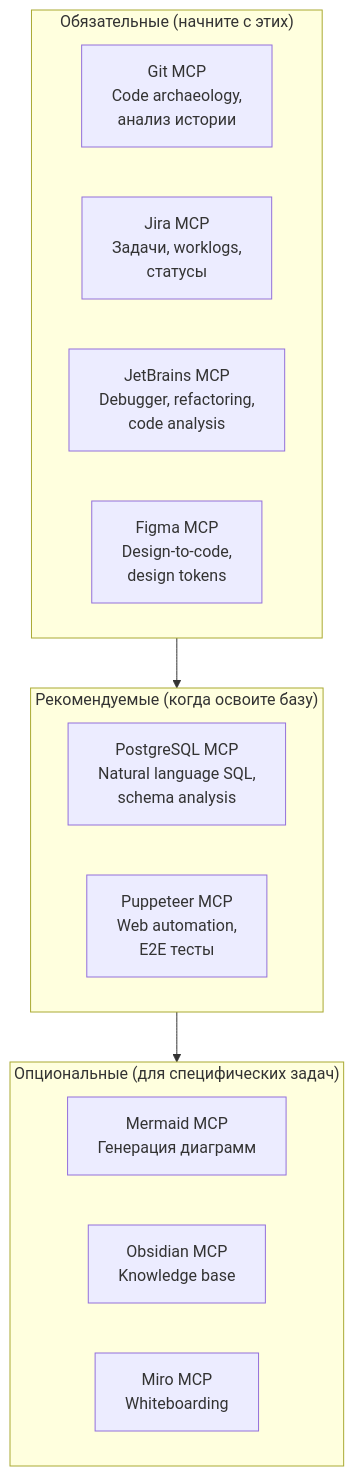
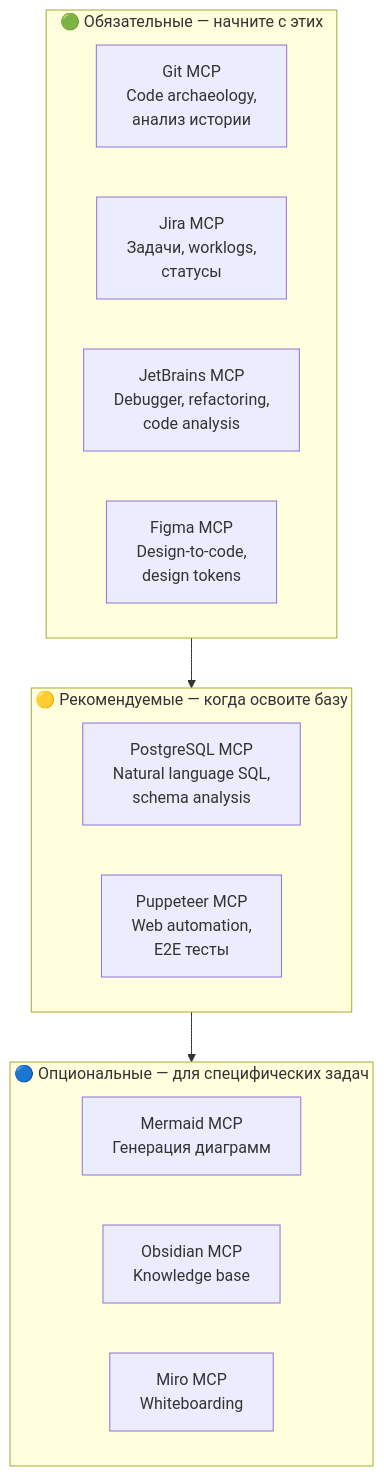
One commit to maddevsio/ai-adoption-course changed the diagram in course/module-6-mcp/diagrams/mcp-server-priorities.md. Above: the diagram before and after it, drawn with Mermaid. The commit also changed other lines of this file and 12 other files, not shown here.

````diff
--- a/course/module-6-mcp/diagrams/mcp-server-priorities.md
+++ b/course/module-6-mcp/diagrams/mcp-server-priorities.md
@@ -5,22 +5,22 @@
 ```mermaid
 flowchart TD
-    subgraph must["Обязательные (начните с этих)"]
-        G["Git MCP<br>Code archaeology,<br>анализ истории"]
-        J["Jira MCP<br>Задачи, worklogs,<br>статусы"]
-        I["JetBrains MCP<br>Debugger, refactoring,<br>code analysis"]
-        F["Figma MCP<br>Design-to-code,<br>design tokens"]
+    subgraph must["🟢 Обязательные — начните с этих"]
+        G["Git MCP<br/>Code archaeology,<br/>анализ истории"]
+        J["Jira MCP<br/>Задачи, worklogs,<br/>статусы"]
+        I["JetBrains MCP<br/>Debugger, refactoring,<br/>code analysis"]
+        F["Figma MCP<br/>Design-to-code,<br/>design tokens"]
     end
 
-    subgraph rec["Рекомендуемые (когда освоите базу)"]
-        P["PostgreSQL MCP<br>Natural language SQL,<br>schema analysis"]
-        B["Puppeteer MCP<br>Web automation,<br>E2E тесты"]
+    subgraph rec["🟡 Рекомендуемые — когда освоите базу"]
+        P["PostgreSQL MCP<br/>Natural language SQL,<br/>schema analysis"]
+        B["Puppeteer MCP<br/>Web automation,<br/>E2E тесты"]
     end
 
-    subgraph opt["Опциональные (для специфических задач)"]
-        M["Mermaid MCP<br>Генерация диаграмм"]
-        O["Obsidian MCP<br>Knowledge base"]
-        MR["Miro MCP<br>Whiteboarding"]
+    subgraph opt["🔵 Опциональные — для специфических задач"]
+        M["Mermaid MCP<br/>Генерация диаграмм"]
+        O["Obsidian MCP<br/>Knowledge base"]
+        MR["Miro MCP<br/>Whiteboarding"]
     end
 
     must --> rec --> opt
 ```
````
